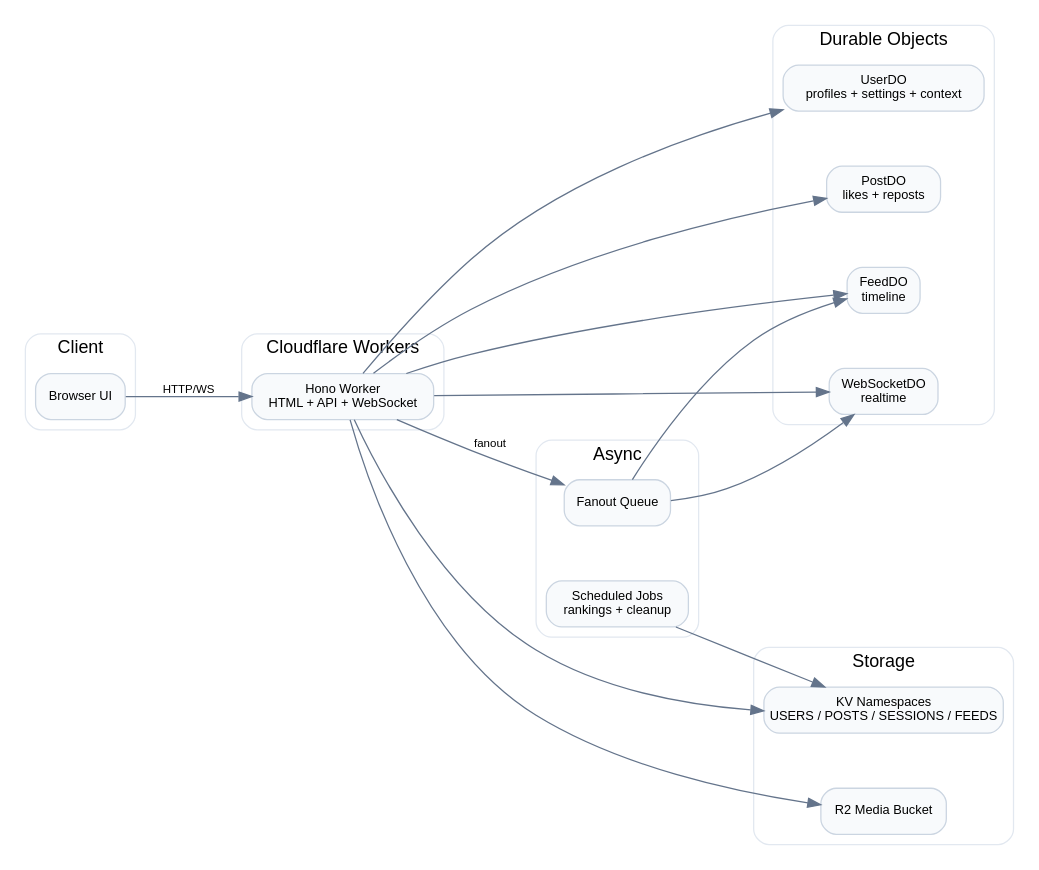
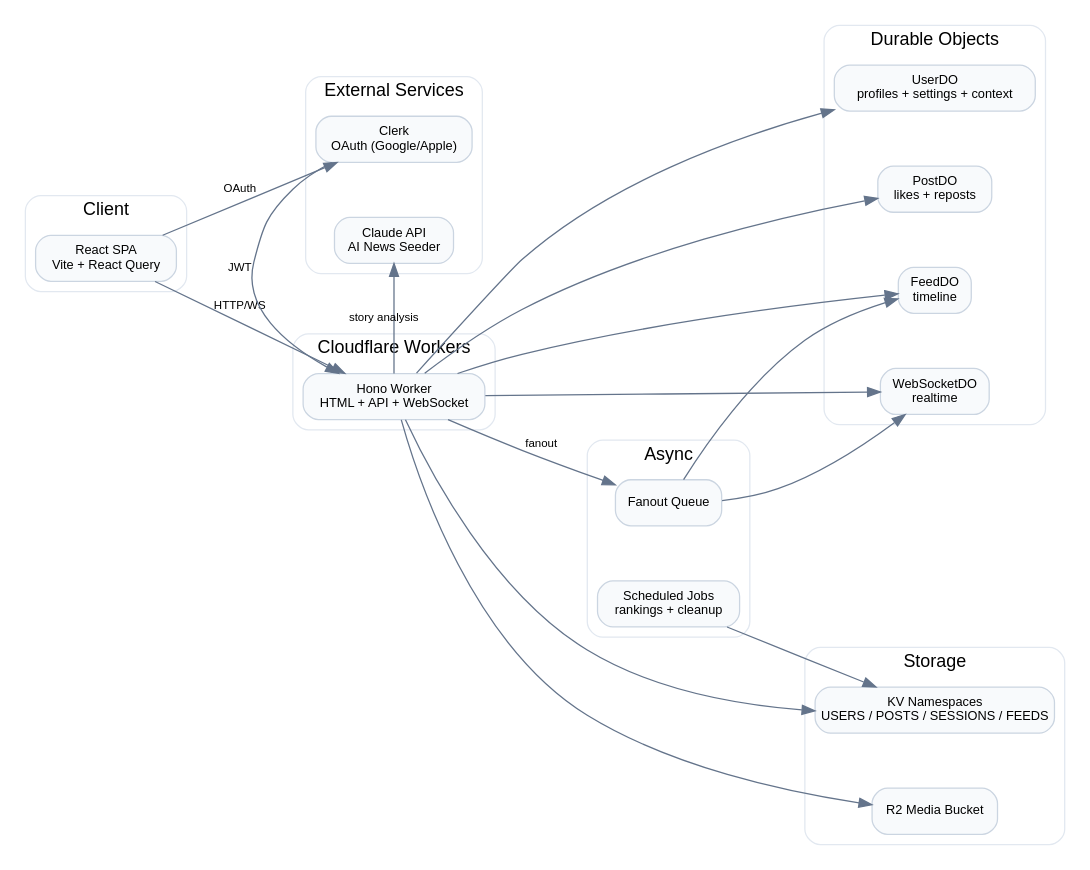
One commit to chrischabot/the-wire changed the diagram in docs/architecture.dot. Above: the diagram before and after it, drawn with Graphviz. The commit also changed 6 other files, not shown here.

```diff
--- a/docs/architecture.dot
+++ b/docs/architecture.dot
@@ -1,62 +1,73 @@
 digraph Architecture {
   rankdir=LR;
   bgcolor="white";
   nodesep=0.6;
   ranksep=0.8;
   fontname="Helvetica";
 
   node [shape=box, style="rounded,filled", fillcolor="#F8FAFC", color="#CBD5E1", fontname="Helvetica", fontsize=10];
   edge [color="#64748B", fontname="Helvetica", fontsize=9];
 
   subgraph cluster_client {
     label="Client";
     color="#E2E8F0";
     style="rounded";
-    Browser [label="Browser UI"];
+    Browser [label="React SPA\nVite + React Query"];
+  }
+
+  subgraph cluster_external {
+    label="External Services";
+    color="#E2E8F0";
+    style="rounded";
+    Clerk [label="Clerk\nOAuth (Google/Apple)"];
+    Claude [label="Claude API\nAI News Seeder"];
   }
 
   subgraph cluster_edge {
     label="Cloudflare Workers";
     color="#E2E8F0";
     style="rounded";
     Worker [label="Hono Worker\nHTML + API + WebSocket"];
   }
 
   subgraph cluster_do {
     label="Durable Objects";
     color="#E2E8F0";
     style="rounded";
     UserDO [label="UserDO\nprofiles + settings + context"];
     PostDO [label="PostDO\nlikes + reposts"];
     FeedDO [label="FeedDO\ntimeline"];
     WebSocketDO [label="WebSocketDO\nrealtime"];
   }
 
   subgraph cluster_storage {
     label="Storage";
     color="#E2E8F0";
     style="rounded";
     KV [label="KV Namespaces\nUSERS / POSTS / SESSIONS / FEEDS"];
     R2 [label="R2 Media Bucket"];
   }
 
   subgraph cluster_async {
     label="Async";
     color="#E2E8F0";
     style="rounded";
     Queue [label="Fanout Queue"];
     Cron [label="Scheduled Jobs\nrankings + cleanup"];
   }
 
   Browser -> Worker [label="HTTP/WS"];
+  Browser -> Clerk [label="OAuth"];
+  Clerk -> Worker [label="JWT"];
+  Worker -> Claude [label="story analysis"];
   Worker -> UserDO;
   Worker -> PostDO;
   Worker -> FeedDO;
   Worker -> WebSocketDO;
   Worker -> KV;
   Worker -> R2;
   Worker -> Queue [label="fanout"];
   Queue -> FeedDO;
   Queue -> WebSocketDO;
   Cron -> KV;
 }
```
